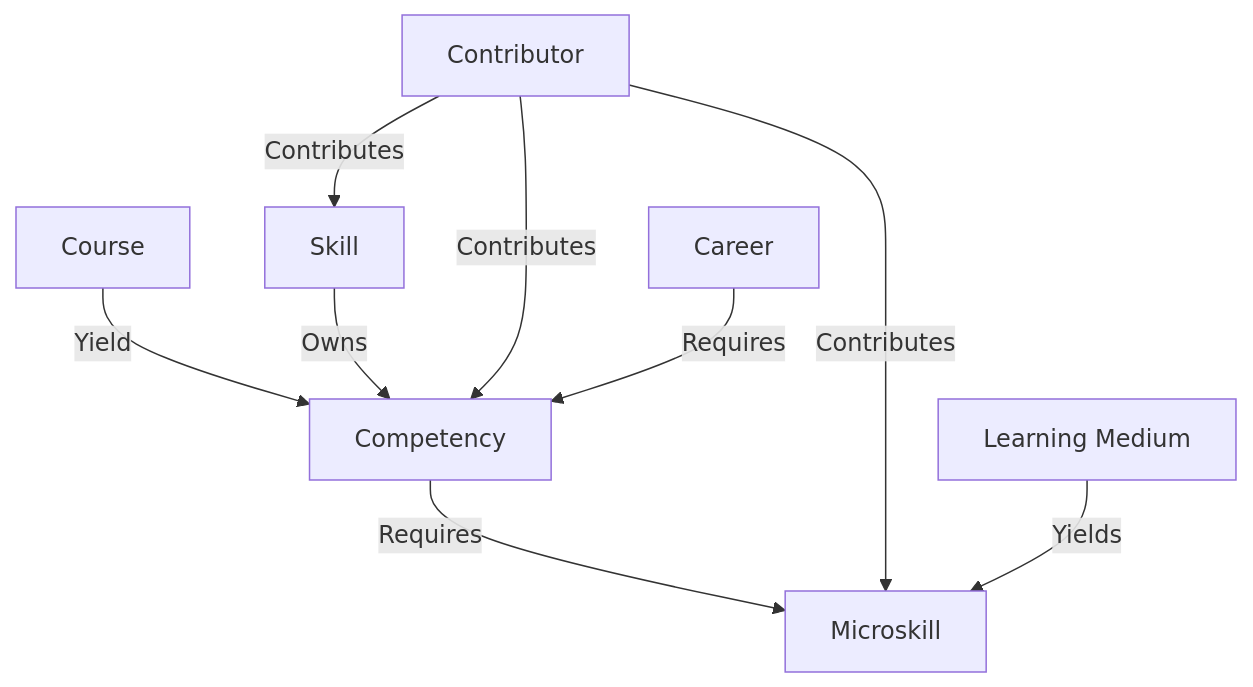
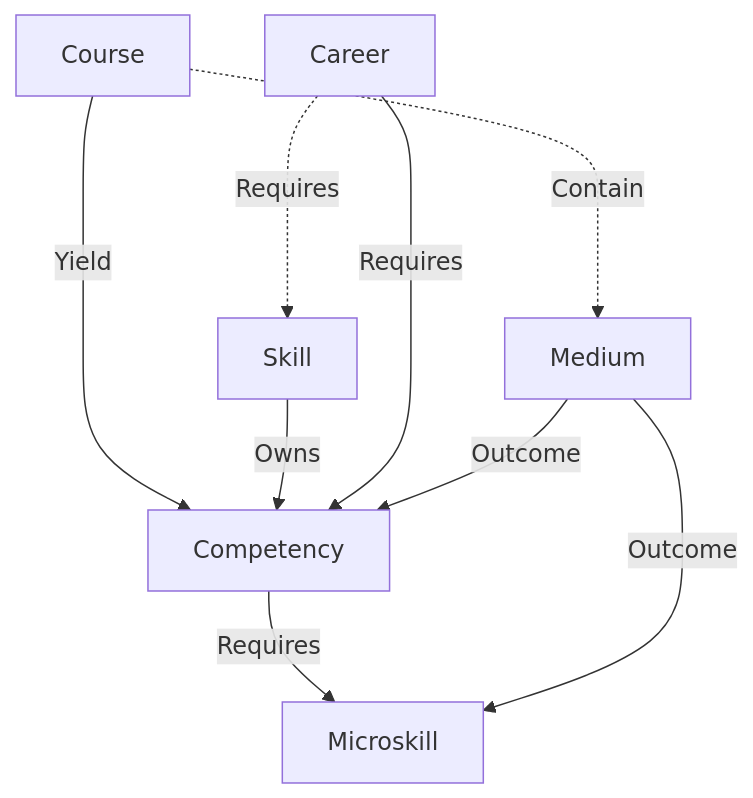
One commit to OnlyJust3rd/salmon-skills changed the diagram in vault/ontology/v1.0.0/schemas.md. Above: the diagram before and after it, drawn with Mermaid. The commit also changed 9999 other files, not shown here.

````diff
--- a/vault/ontology/v1.0.0/schemas.md
+++ b/vault/ontology/v1.0.0/schemas.md
@@ -17,11 +17,11 @@
 ```mermaid
 graph TD
   Course["Course"] -->|Yield| Competency["Competency"]
+  Course -..->|Contain| Medium["Medium"]
   Skill["Skill"] -->|Owns| Competency
   Competency -->|Requires| Micro["Microskill"]
-  Contributor["Contributor"] -->|Contributes| Skill
-  Contributor -->|Contributes| Competency
-  Contributor -->|Contributes| Micro
+  Career -..->|Requires| Skill
   Career["Career"] -->|Requires| Competency
-  Medium["Learning Medium"] -->|Yields| Micro
+  Medium -->|Outcome| Competency
+  Medium -->|Outcome| Micro
 ```
````
